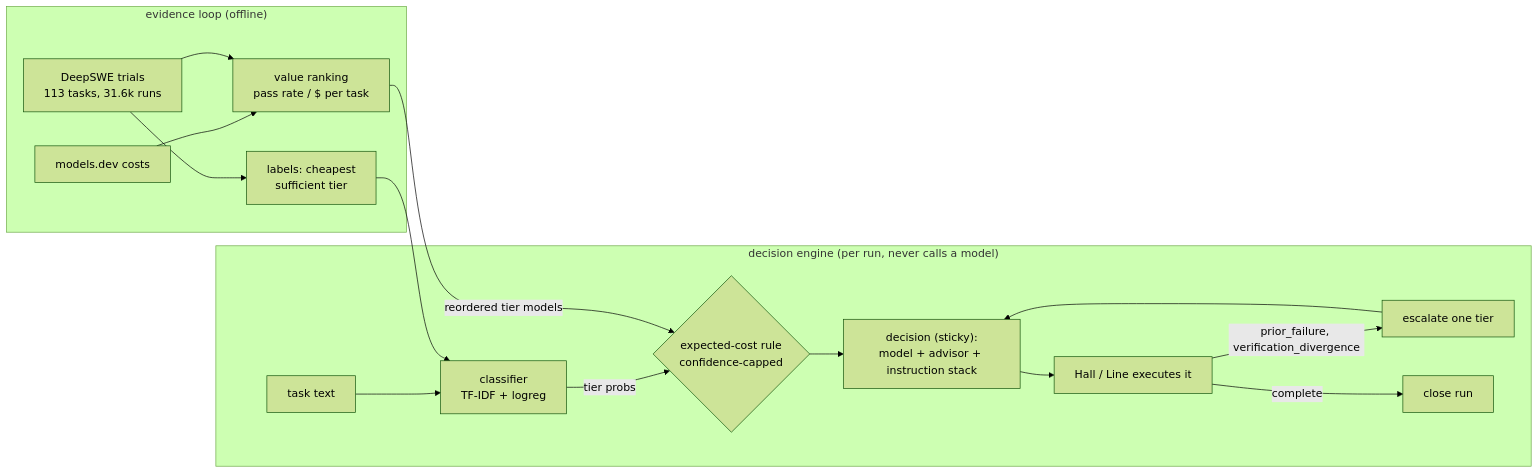
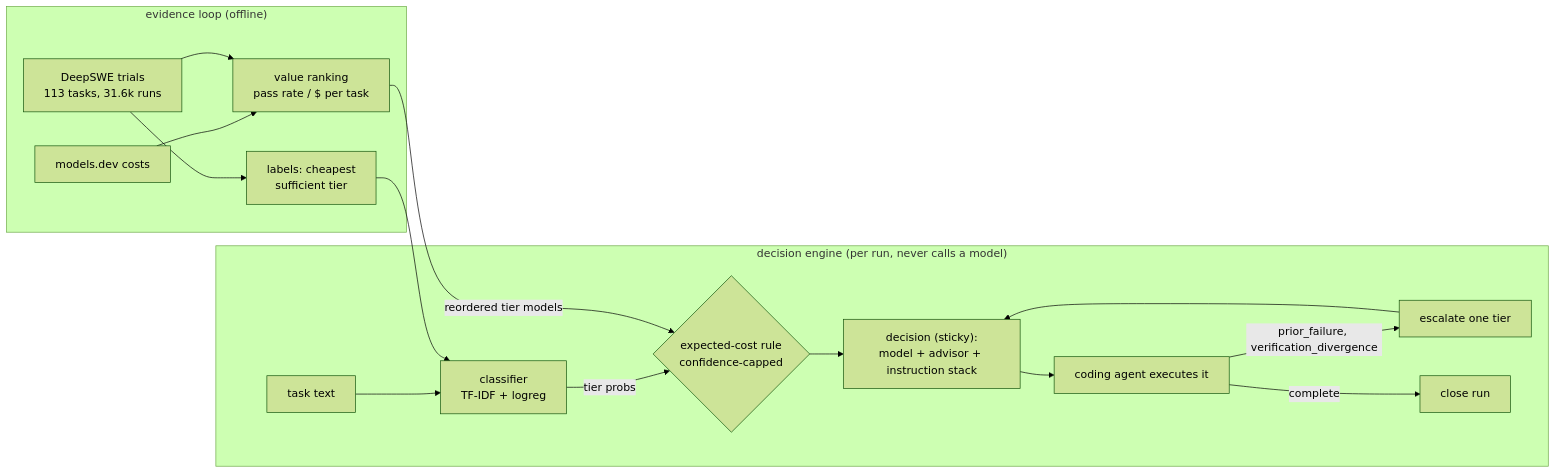
The diagram in README.md (darvh/model-router), drawn with Mermaid (forest theme) before and after one commit. The commit also changed other lines of this file and 3 other files, not shown here.

````diff
--- a/README.md
+++ b/README.md
@@ -19,20 +19,20 @@
 ```mermaid
 flowchart LR
     subgraph Evidence["evidence loop (offline)"]
         MD["models.dev costs"] --> RK["value ranking<br/>pass rate / $ per task"]
         DW["DeepSWE trials<br/>113 tasks, 31.6k runs"] --> LB["labels: cheapest<br/>sufficient tier"]
         DW --> RK
     end
 
     subgraph Engine["decision engine (per run, never calls a model)"]
         T["task text"] --> CL["classifier<br/>TF-IDF + logreg"]
         LB --> CL
         CL -->|tier probs| X{"expected-cost rule<br/>confidence-capped"}
         RK -->|reordered tier models| X
         X --> D["decision (sticky):<br/>model + advisor + instruction stack"]
-        D --> H["Hall / Line executes it"]
+        D --> H["coding agent executes it"]
         H -->|"prior_failure, verification_divergence"| ES["escalate one tier"]
         ES --> D
         H -->|complete| Z["close run"]
     end
 ```
````
